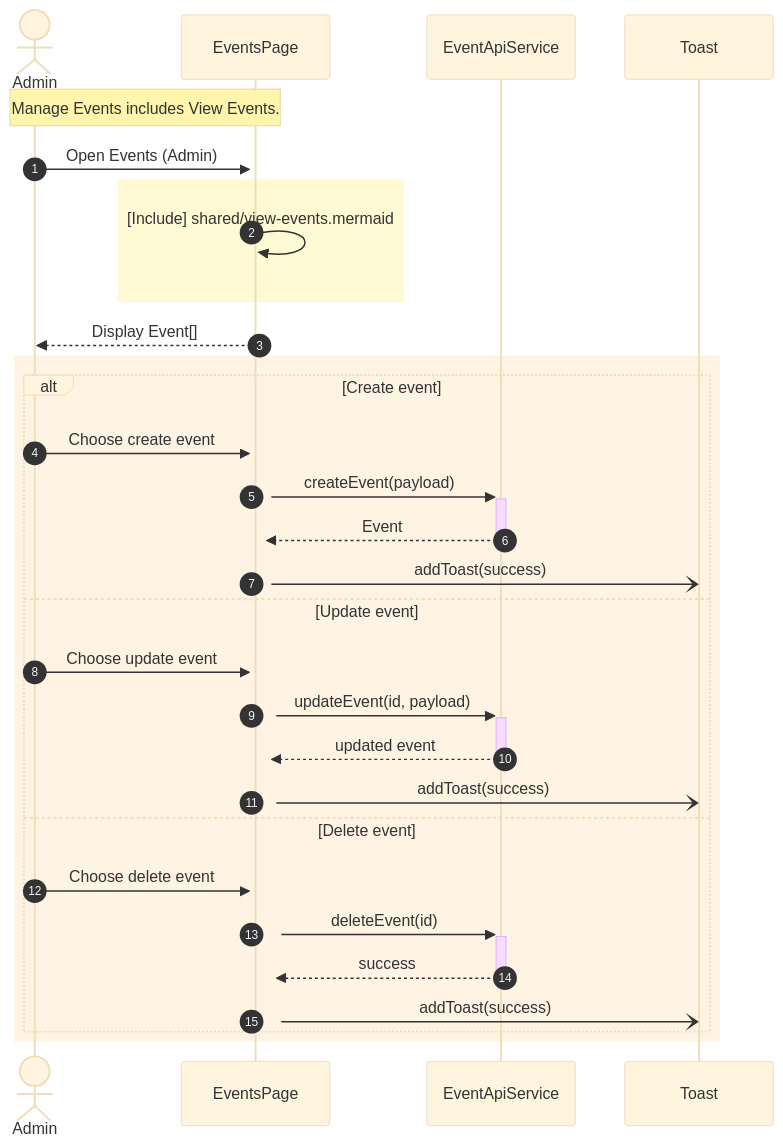
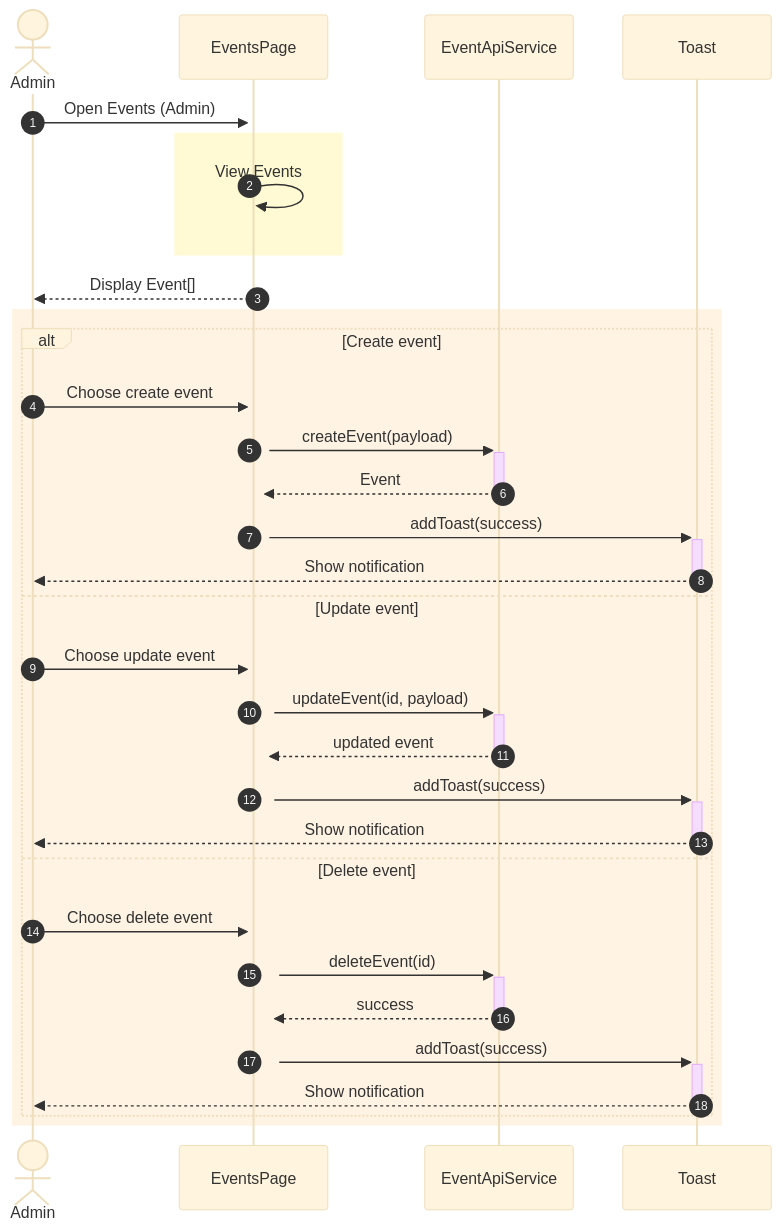
Before and after one commit to crypto-cmd/Volunteer-Management-COMP2171: the diagram in diagrams/sequences/admin-manage-events.mermaid, drawn with Mermaid (base theme). The commit also changed 9 other files, not shown here.

```diff
--- a/diagrams/sequences/admin-manage-events.mermaid
+++ b/diagrams/sequences/admin-manage-events.mermaid
@@ -1,33 +1,34 @@
 sequenceDiagram
 autonumber
 actor Admin
 participant EventsPage
 participant EventApiService
 participant Toast
 
-Note over Admin,EventsPage: Manage Events includes View Events.
-
 Admin->>+EventsPage: Open Events (Admin)
 rect rgba(255, 249, 196, 0.75)
-EventsPage->>EventsPage: [Include] shared/view-events.mermaid
+EventsPage->>EventsPage: View Events
 end
 EventsPage-->>Admin: Display Event[]
 
 rect rgba(255, 236, 210, 0.6)
 alt Create event
   Admin->>+EventsPage: Choose create event
   EventsPage->>+EventApiService: createEvent(payload)
   EventApiService-->>-EventsPage: Event
-  EventsPage-)Toast: addToast(success)
+  EventsPage->>+Toast: addToast(success)
+  Toast-->>-Admin: Show notification
 else Update event
   Admin->>+EventsPage: Choose update event
   EventsPage->>+EventApiService: updateEvent(id, payload)
   EventApiService-->>-EventsPage: updated event
-  EventsPage-)Toast: addToast(success)
+  EventsPage->>+Toast: addToast(success)
+  Toast-->>-Admin: Show notification
 else Delete event
   Admin->>+EventsPage: Choose delete event
   EventsPage->>+EventApiService: deleteEvent(id)
   EventApiService-->>-EventsPage: success
-  EventsPage-)Toast: addToast(success)
+  EventsPage->>+Toast: addToast(success)
+  Toast-->>-Admin: Show notification
 end
 end
```
